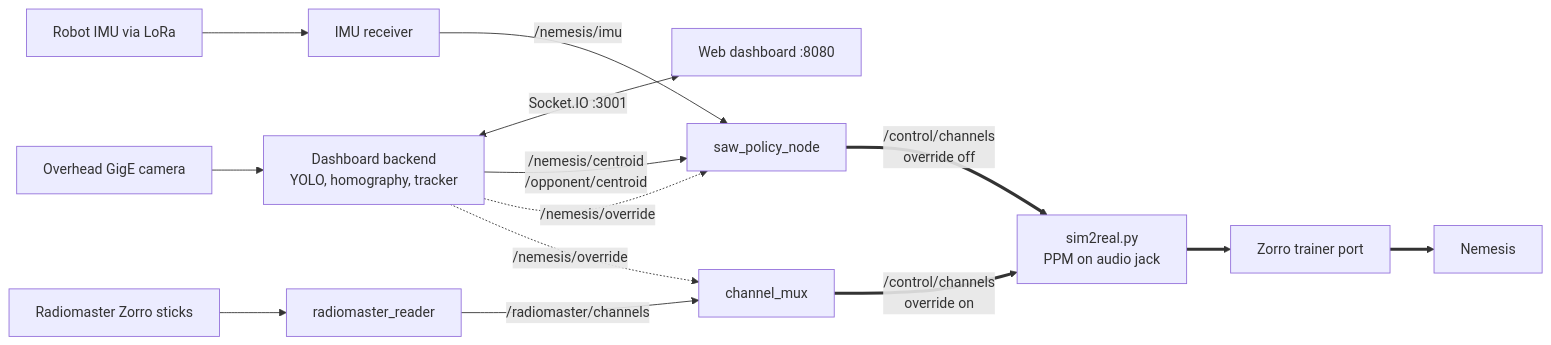
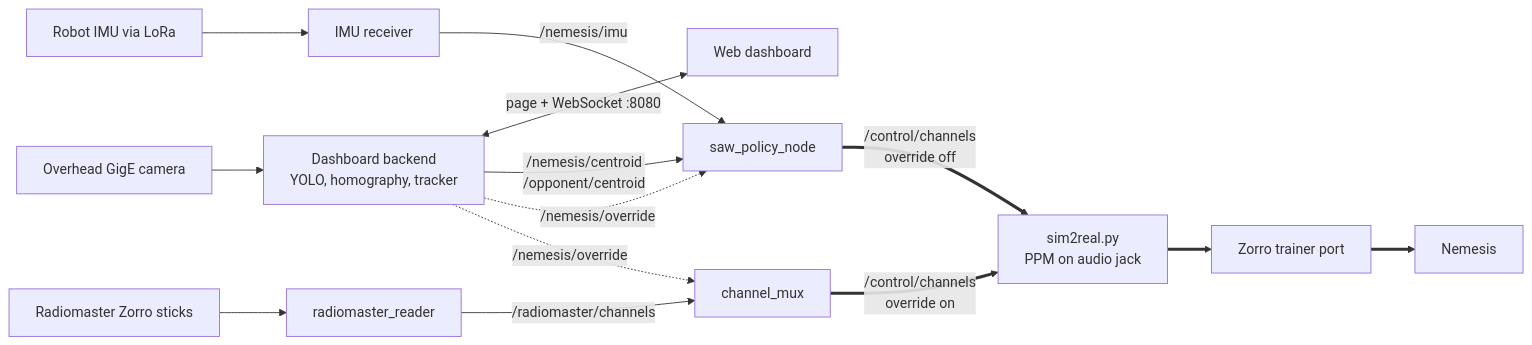
Before and after one commit to AdvancedRoboticCombat/AUTONSYSTEM: the diagram in README.md, drawn with Mermaid. The commit also changed other lines of this file and 3 other files, not shown here.

````diff
--- a/README.md
+++ b/README.md
@@ -11,15 +11,15 @@
 ```mermaid
 flowchart LR
     cam[Overhead GigE camera] --> dash[Dashboard backend<br/>YOLO, homography, tracker]
-    dash <-->|Socket.IO :3001| ui[Web dashboard :8080]
+    dash <-->|page + WebSocket :8080| ui[Web dashboard]
     imu[Robot IMU via LoRa] --> rx[IMU receiver]
     dash -->|/nemesis/centroid<br/>/opponent/centroid| pol[saw_policy_node]
     rx -->|/nemesis/imu| pol
     tx[Radiomaster Zorro sticks] --> rr[radiomaster_reader]
     rr -->|/radiomaster/channels| mux[channel_mux]
     dash -.->|/nemesis/override| pol
     dash -.->|/nemesis/override| mux
     pol ==>|/control/channels<br/>override off| ppm[sim2real.py<br/>PPM on audio jack]
     mux ==>|/control/channels<br/>override on| ppm
     ppm ==> trainer[Zorro trainer port] ==> bot[Nemesis]
 ```
````
